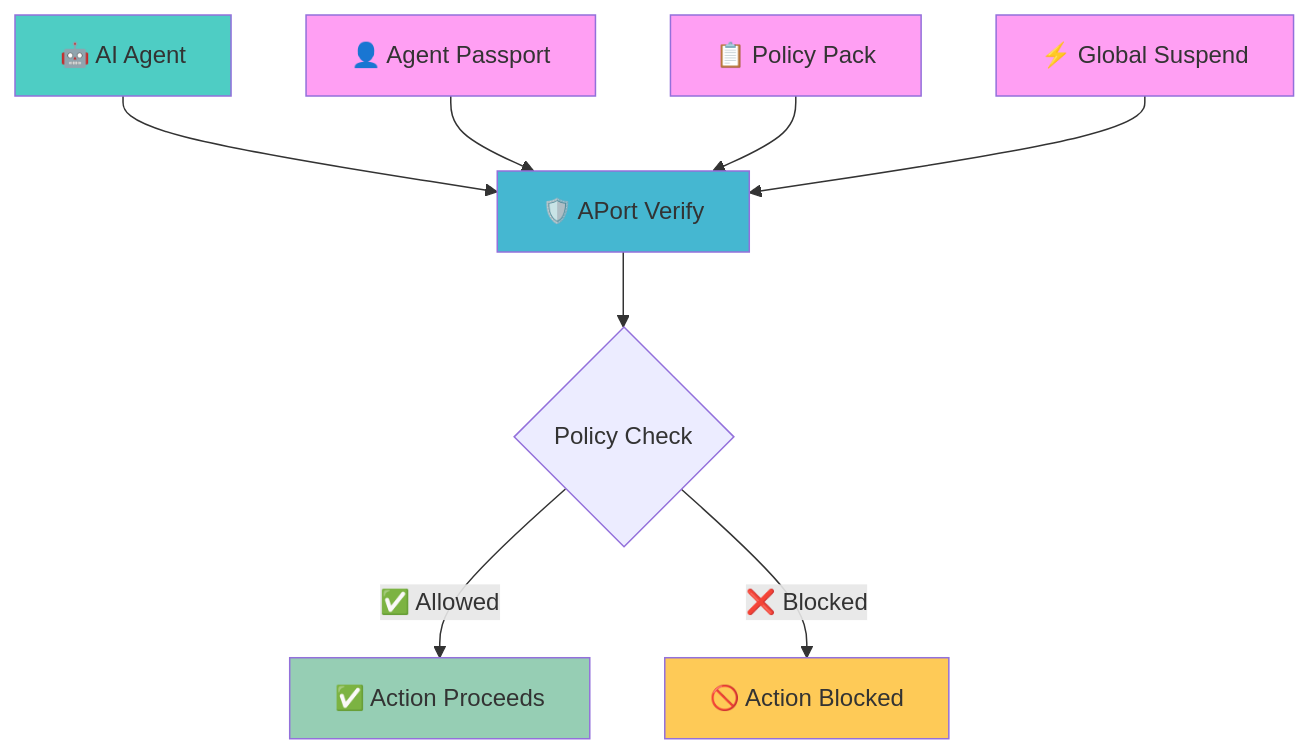
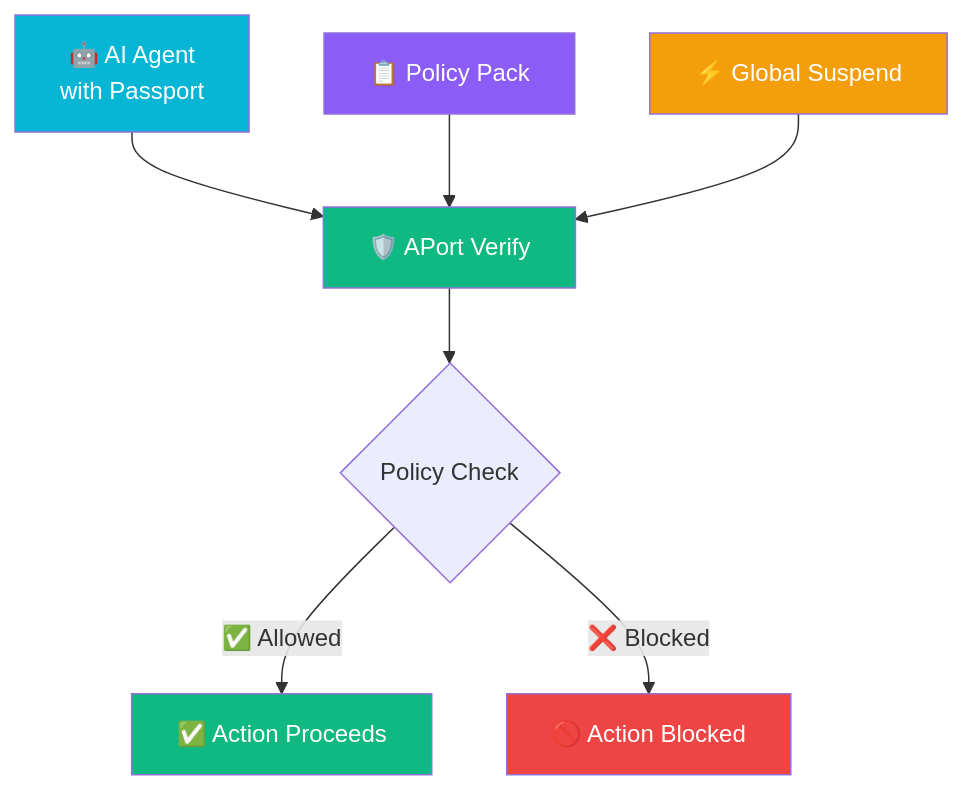
The second of 4 diagrams in profile/README.md (aporthq/.github), drawn with Mermaid before and after one commit. The commit also changed other lines of this file, not shown here.

````diff
--- a/profile/README.md
+++ b/profile/README.md
@@ -54,19 +53,17 @@
 ```mermaid
 graph TD
-    A[🤖 AI Agent] --> B[🛡️ APort Verify]
+    A[🤖 AI Agent<br/>with Passport] --> B[🛡️ APort Verify]
     B --> C{Policy Check}
     C -->|✅ Allowed| D[✅ Action Proceeds]
     C -->|❌ Blocked| E[🚫 Action Blocked]
     
-    F[👤 Agent Passport] --> B
-    G[📋 Policy Pack] --> B
-    H[⚡ Global Suspend] --> B
+    F[📋 Policy Pack] --> B
+    G[⚡ Global Suspend] --> B
     
-    style A fill:#4ecdc4
-    style B fill:#45b7d1
-    style D fill:#96ceb4
-    style E fill:#feca57
-    style F fill:#ff9ff3
-    style G fill:#ff9ff3
-    style H fill:#ff9ff3
+    style A fill:#06b6d4,color:#ffffff
+    style B fill:#10b981,color:#ffffff
+    style D fill:#10b981,color:#ffffff
+    style E fill:#ef4444,color:#ffffff
+    style F fill:#8b5cf6,color:#ffffff
+    style G fill:#f59e0b,color:#ffffff
 ```
````
